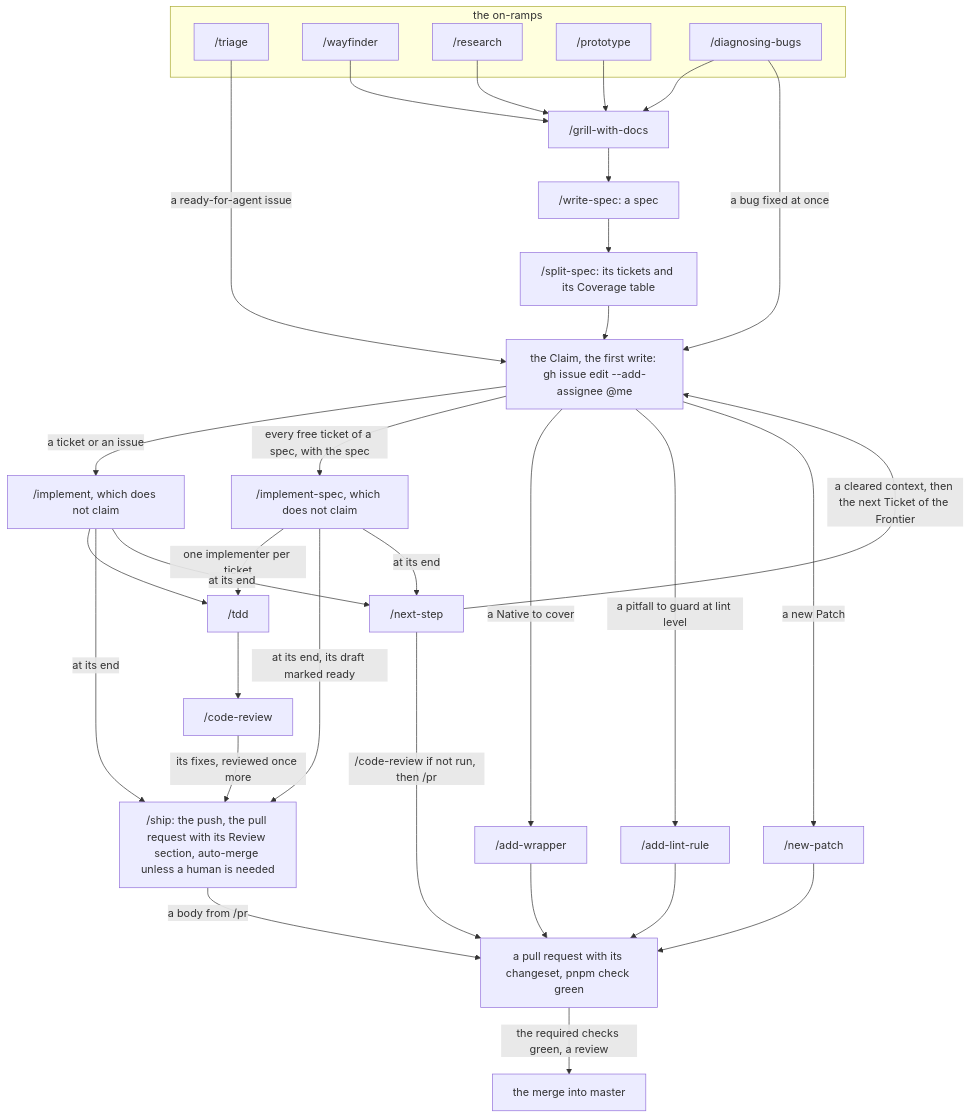
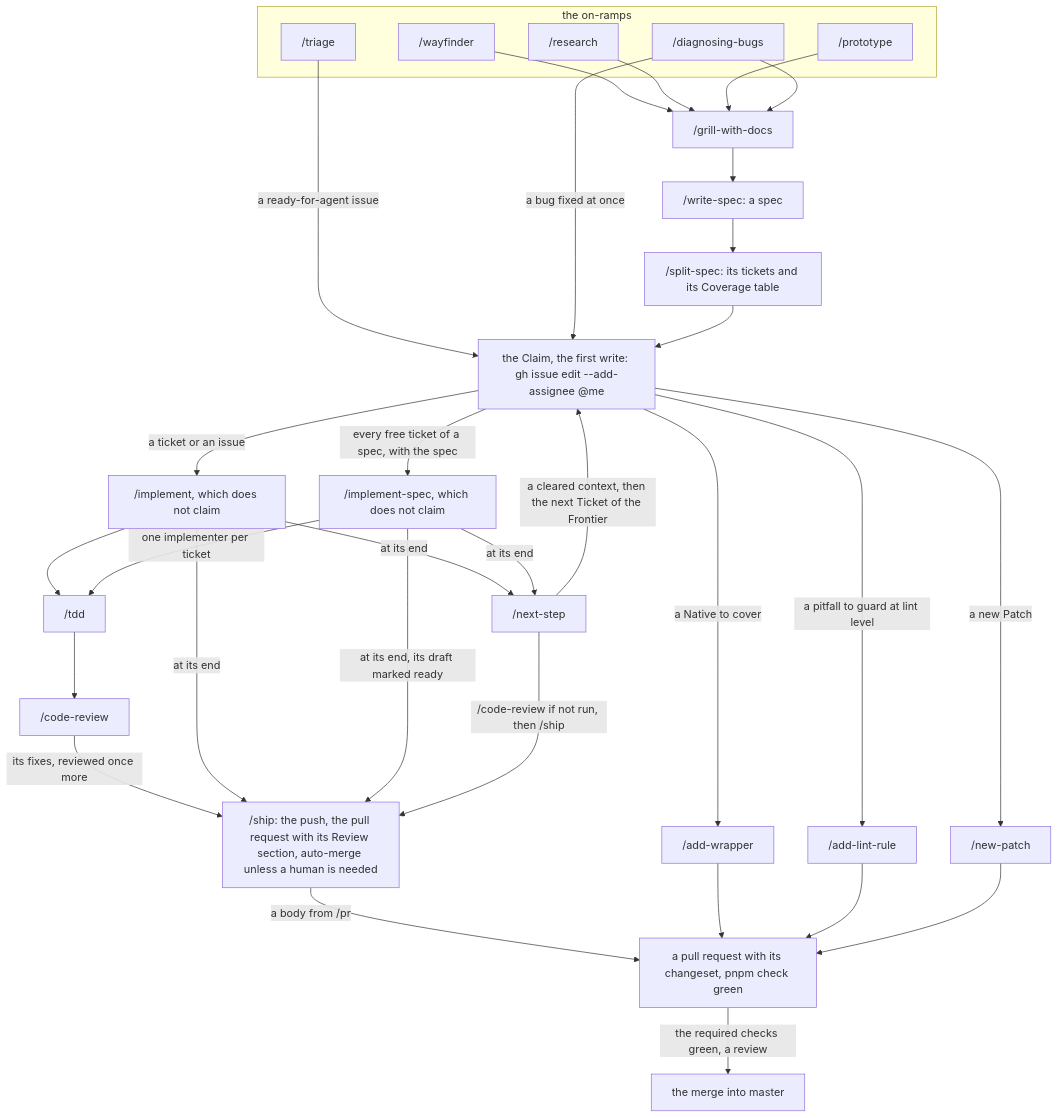
One commit to phmilk/reforged-ts changed the diagram in docs/agents/development-loop.md. Above: the diagram before and after it, drawn with Mermaid. The commit also changed other lines of this file and 5 other files, not shown here.

First line of the commit message:
feat(hooks): the next steps cover the main flow, and an implement's line names the branch and /ship (#806) (#826)

````diff
--- a/docs/agents/development-loop.md
+++ b/docs/agents/development-loop.md
@@ -77,57 +77,57 @@
 ```mermaid
 flowchart TD
   %% diagram: development-loop
   %% covers: skills
   subgraph on_ramps["the on-ramps"]
     triage["/triage"]
     wayfinder["/wayfinder"]
     research["/research"]
     prototype["/prototype"]
     diagnosing_bugs["/diagnosing-bugs"]
   end
   grill_with_docs["/grill-with-docs"]
   write_spec["/write-spec: a spec"]
   split_spec["/split-spec: its tickets and its Coverage table"]
   claim["the Claim, the first write: gh issue edit --add-assignee @me"]
   implement["/implement, which does not claim"]
   implement_spec["/implement-spec, which does not claim"]
   tdd["/tdd"]
   code_review["/code-review"]
   next_step["/next-step"]
   ship["/ship: the push, the pull request with its Review section, auto-merge unless a human is needed"]
   add_wrapper["/add-wrapper"]
   add_lint_rule["/add-lint-rule"]
   new_patch["/new-patch"]
   pull_request["a pull request with its changeset, pnpm check green"]
   merge["the merge into master"]
 
   wayfinder --> grill_with_docs
   research --> grill_with_docs
   prototype --> grill_with_docs
   diagnosing_bugs --> grill_with_docs
   triage -->|"a ready-for-agent issue"| claim
   diagnosing_bugs -->|"a bug fixed at once"| claim
   grill_with_docs --> write_spec
   write_spec --> split_spec
   split_spec --> claim
   claim -->|"a ticket or an issue"| implement
   claim -->|"every free ticket of a spec, with the spec"| implement_spec
   claim -->|"a Native to cover"| add_wrapper
   claim -->|"a pitfall to guard at lint level"| add_lint_rule
   claim -->|"a new Patch"| new_patch
   implement --> tdd
   implement_spec -->|"one implementer per ticket"| tdd
   tdd --> code_review
   code_review -->|"its fixes, reviewed once more"| ship
   implement -->|"at its end"| ship
   implement_spec -->|"at its end, its draft marked ready"| ship
   ship -->|"a body from /pr"| pull_request
   add_wrapper --> pull_request
   add_lint_rule --> pull_request
   new_patch --> pull_request
   pull_request -->|"the required checks green, a review"| merge
   implement -->|"at its end"| next_step
   implement_spec -->|"at its end"| next_step
-  next_step -->|"/code-review if not run, then /pr"| pull_request
+  next_step -->|"/code-review if not run, then /ship"| ship
   next_step -->|"a cleared context, then the next Ticket of the Frontier"| claim
 ```
````
